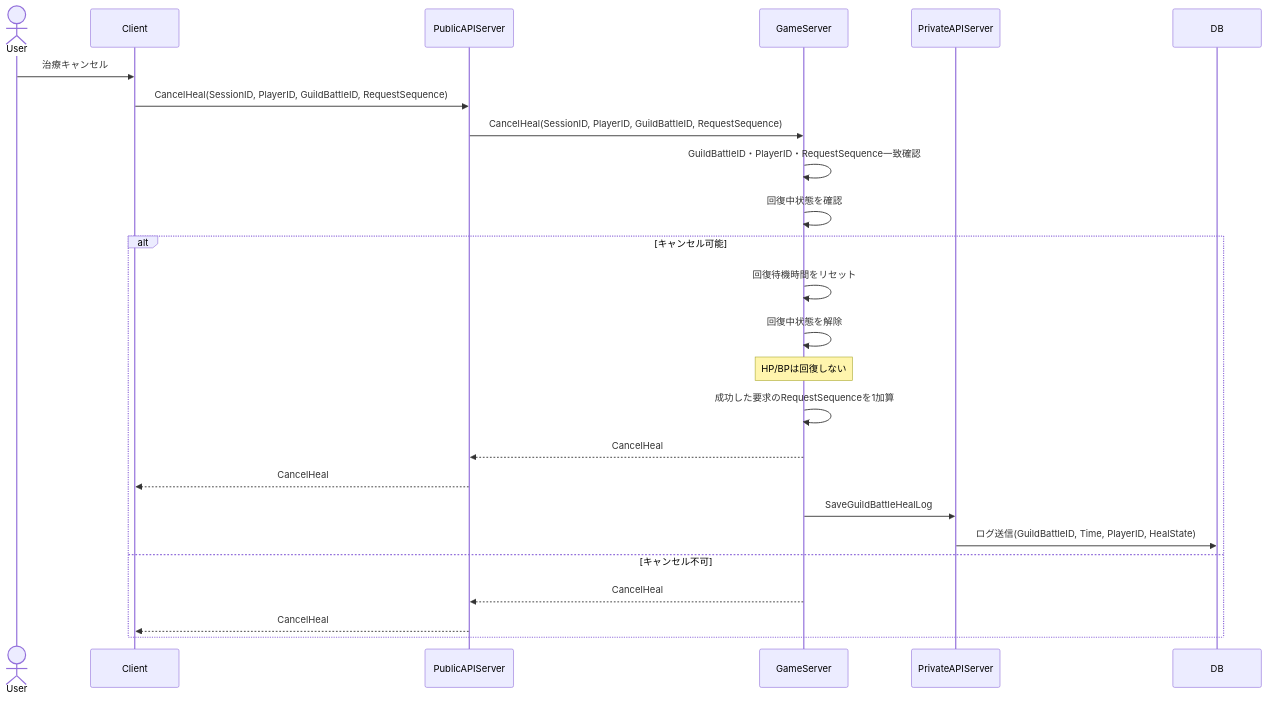
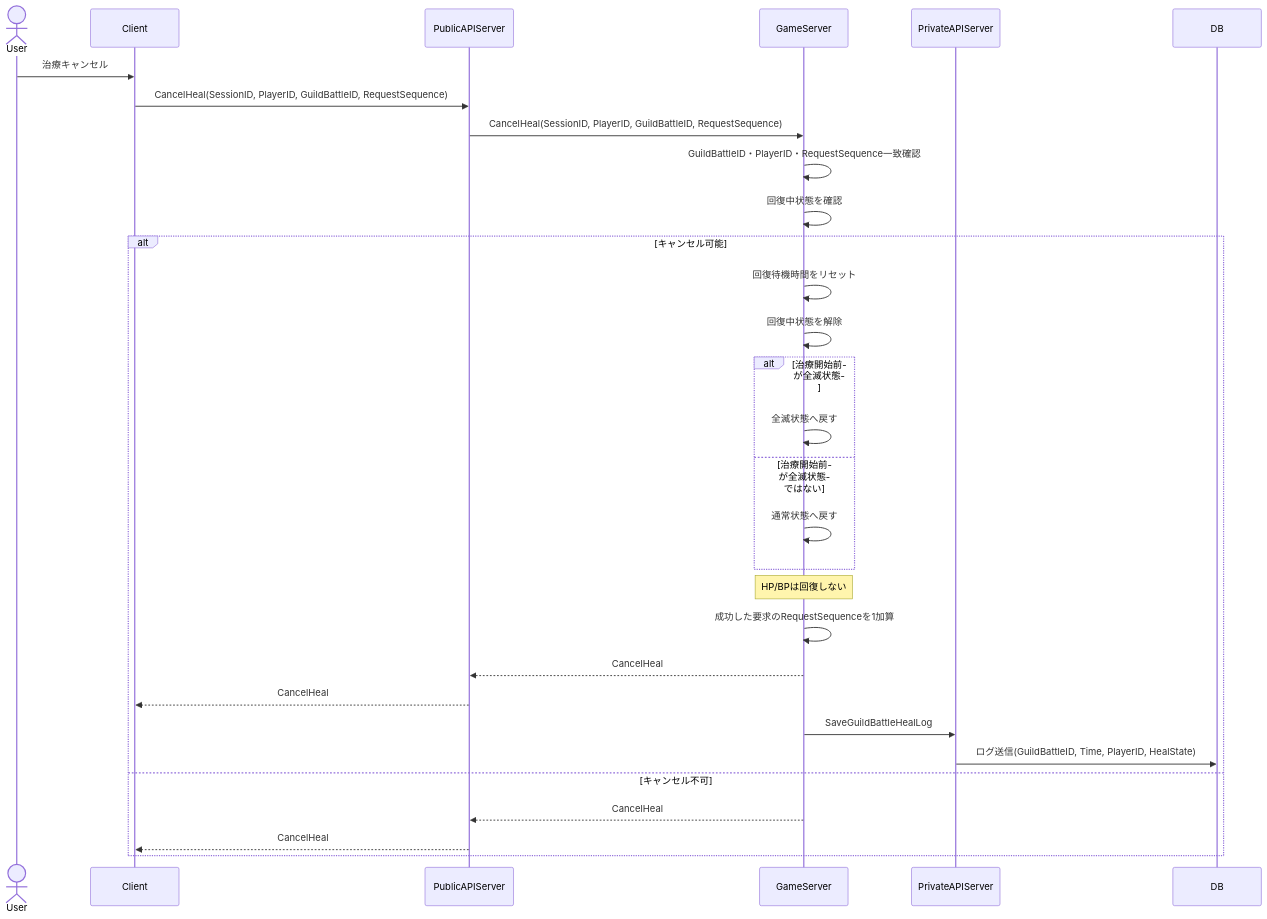
Diagram 12 of 17 in design/guild_battle.md (ReHydrangeaOdyssey/Specifications), drawn with Mermaid before and after one commit. The commit also changed other lines of this file and 14 other files, not shown here.

````diff
--- a/design/guild_battle.md
+++ b/design/guild_battle.md
@@ -444,31 +455,36 @@
 ```mermaid
 sequenceDiagram
     actor User
     participant Client
     participant PublicAPIServer
     participant GameServer
     participant PrivateAPIServer
     participant DB
 
     User->>Client: 治療キャンセル
     Client->>PublicAPIServer: CancelHeal(SessionID, PlayerID, GuildBattleID, RequestSequence)
     PublicAPIServer->>GameServer: CancelHeal(SessionID, PlayerID, GuildBattleID, RequestSequence)
 
     GameServer->>GameServer: GuildBattleID・PlayerID・RequestSequence一致確認
     GameServer->>GameServer: 回復中状態を確認
 
     alt キャンセル可能
         GameServer->>GameServer: 回復待機時間をリセット
         GameServer->>GameServer: 回復中状態を解除
+        alt 治療開始前が全滅状態
+            GameServer->>GameServer: 全滅状態へ戻す
+        else 治療開始前が全滅状態ではない
+            GameServer->>GameServer: 通常状態へ戻す
+        end
         Note over GameServer: HP/BPは回復しない
         GameServer->>GameServer: 成功した要求のRequestSequenceを1加算
         GameServer-->>PublicAPIServer: CancelHeal
         PublicAPIServer-->>Client: CancelHeal
 
         GameServer ->> PrivateAPIServer: SaveGuildBattleHealLog
         PrivateAPIServer ->> DB: ログ送信(GuildBattleID, Time, PlayerID, HealState)
     else キャンセル不可
         GameServer-->>PublicAPIServer: CancelHeal
         PublicAPIServer-->>Client: CancelHeal
     end
 ```
````
